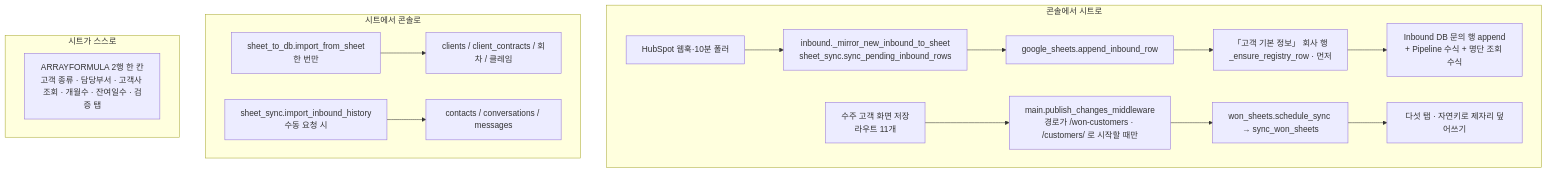
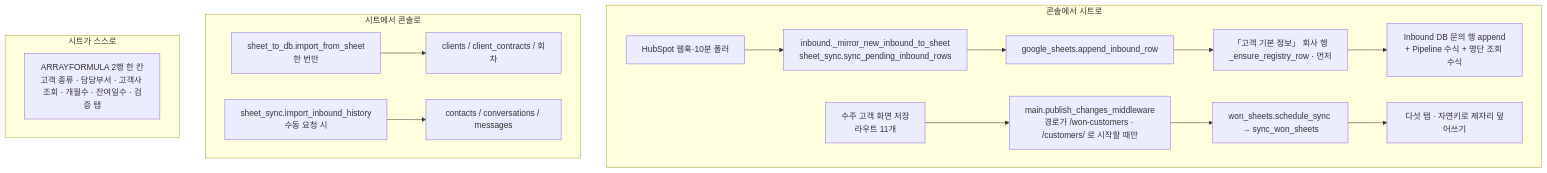
Before and after one commit to alpaka206/sales-automation: the diagram in docs/암묵지/05-구글시트.md, drawn with Mermaid. The commit also changed other lines of this file and 24 other files, not shown here.

````diff
--- a/docs/암묵지/05-구글시트.md
+++ b/docs/암묵지/05-구글시트.md
@@ -18,19 +19,19 @@
 ```mermaid
 flowchart TB
   subgraph 콘솔에서 시트로
     A[HubSpot 웹훅·10분 폴러] --> B[inbound._mirror_new_inbound_to_sheet<br/>sheet_sync.sync_pending_inbound_rows]
     B --> C[google_sheets.append_inbound_row]
     C --> R1[「고객 기본 정보」 회사 행<br/>_ensure_registry_row · 먼저]
     R1 --> C2[Inbound DB 문의 행 append<br/>+ Pipeline 수식 + 명단 조회 수식]
     D[수주 고객 화면 저장<br/>라우트 11개] --> E[main.publish_changes_middleware<br/>경로가 /won-customers · /customers/ 로 시작할 때만]
     E --> F[won_sheets.schedule_sync → sync_won_sheets]
     F --> G[다섯 탭 · 자연키로 제자리 덮어쓰기]
   end
   subgraph 시트에서 콘솔로
-    H[sheet_to_db.import_from_sheet<br/>한 번만] --> I[clients / client_contracts / 회차 / 클레임]
+    H[sheet_to_db.import_from_sheet<br/>한 번만] --> I[clients / client_contracts / 회차]
     J[sheet_sync.import_inbound_history<br/>수동 요청 시] --> K[contacts / conversations / messages]
   end
   subgraph 시트가 스스로
     L[ARRAYFORMULA 2행 한 칸<br/>고객 종류 · 담당부서 · 고객사 조회 · 개월수 · 잔여일수 · 검증 탭]
   end
 ```
````
